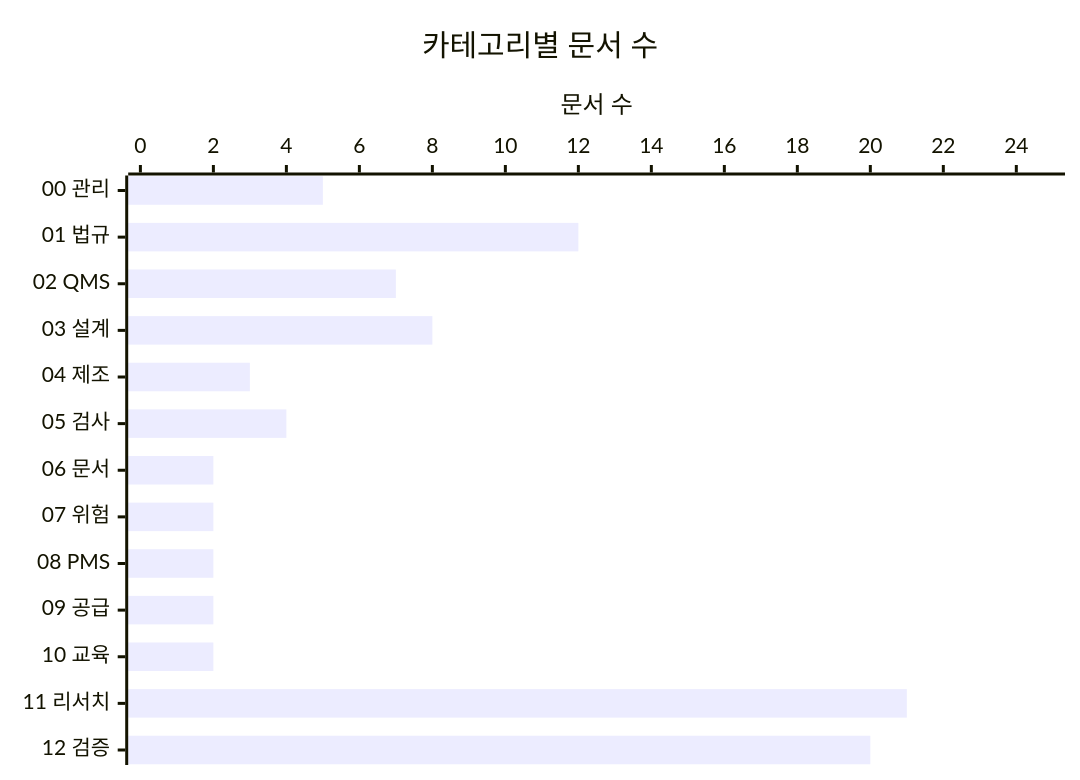
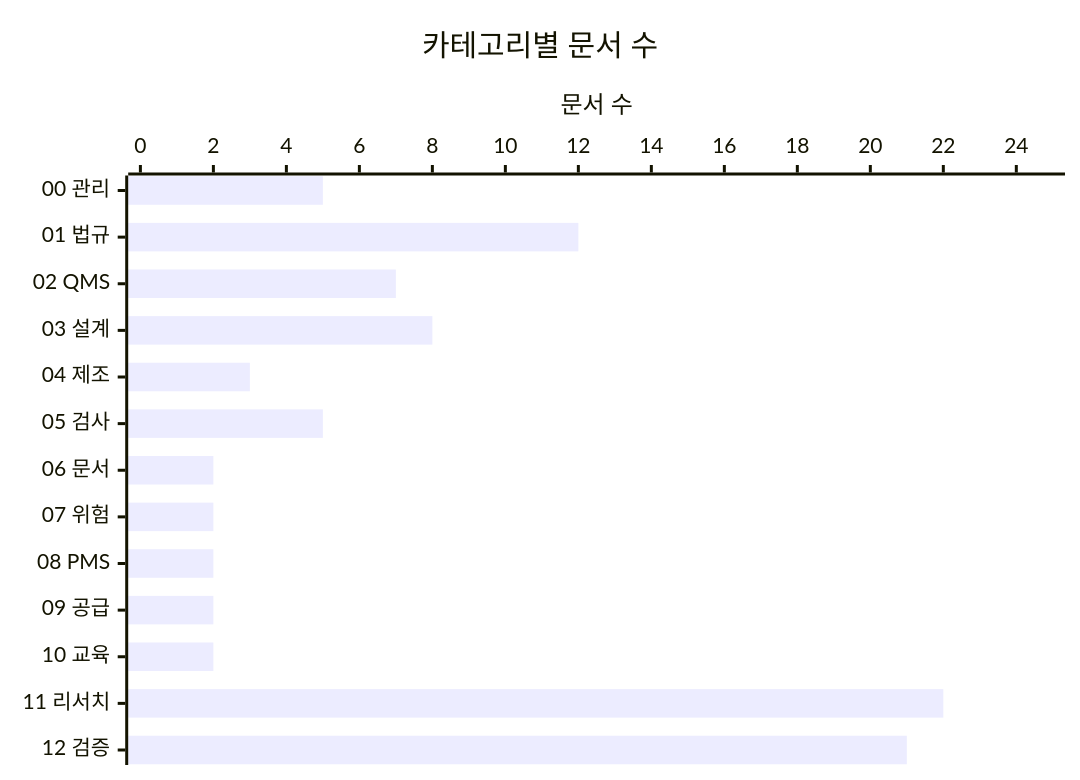
The second of 4 diagrams in README.md (holee9/MD-process), drawn with Mermaid before and after one commit. The commit also changed other lines of this file, not shown here.

````diff
--- a/README.md
+++ b/README.md
@@ -97,8 +97,8 @@
 ```mermaid
 %%{init: {"theme":"default"}}%%
 xychart-beta horizontal
     title "카테고리별 문서 수"
     x-axis ["00 관리", "01 법규", "02 QMS", "03 설계", "04 제조", "05 검사", "06 문서", "07 위험", "08 PMS", "09 공급", "10 교육", "11 리서치", "12 검증"]
     y-axis "문서 수" 0 --> 25
-    bar [5, 12, 7, 8, 3, 4, 2, 2, 2, 2, 2, 21, 20]
+    bar [5, 12, 7, 8, 3, 5, 2, 2, 2, 2, 2, 22, 21]
 ```
````
